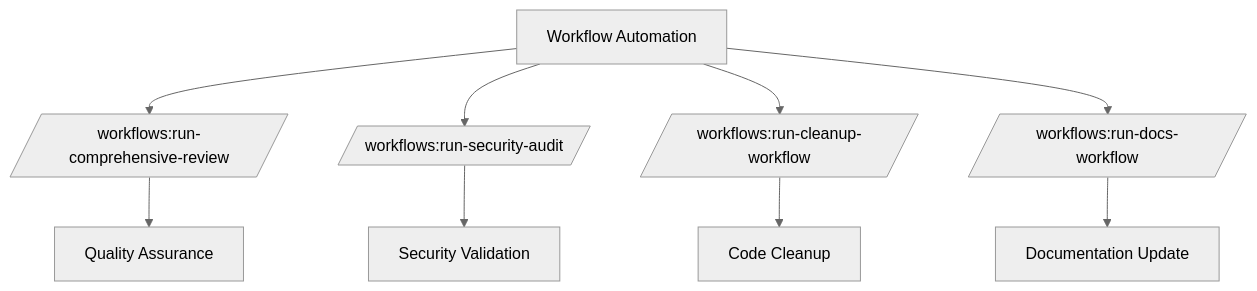
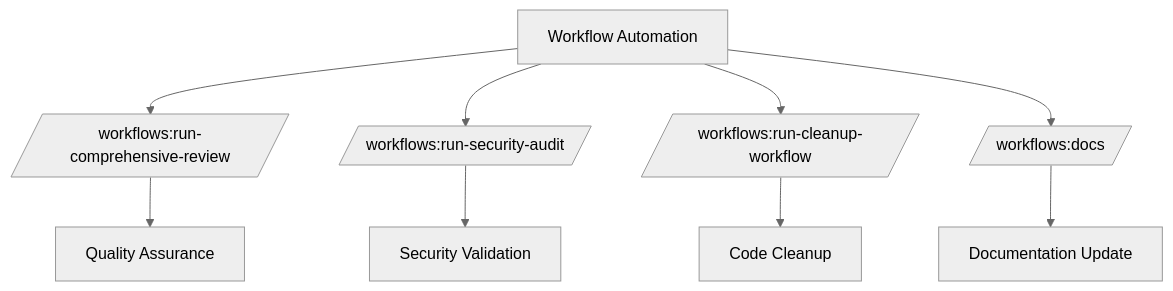
Diagram 28 of 31 in docs/developer/developer-workflows.md (thomasholknielsen/claude-code-config), drawn with Mermaid (neutral theme) before and after one commit. The commit also changed other lines of this file and 198 other files, not shown here.

````diff
--- a/docs/developer/developer-workflows.md
+++ b/docs/developer/developer-workflows.md
@@ -1314,12 +1314,12 @@
 ```mermaid
 graph TD
     A[Workflow Automation] --> B[/workflows:run-comprehensive-review/]
     A --> C[/workflows:run-security-audit/]
     A --> D[/workflows:run-cleanup-workflow/]
-    A --> E[/workflows:run-docs-workflow/]
+    A --> E[/workflows:docs/]
 
     B --> F[Quality Assurance]
     C --> G[Security Validation]
     D --> H[Code Cleanup]
     E --> I[Documentation Update]
 ```
````
